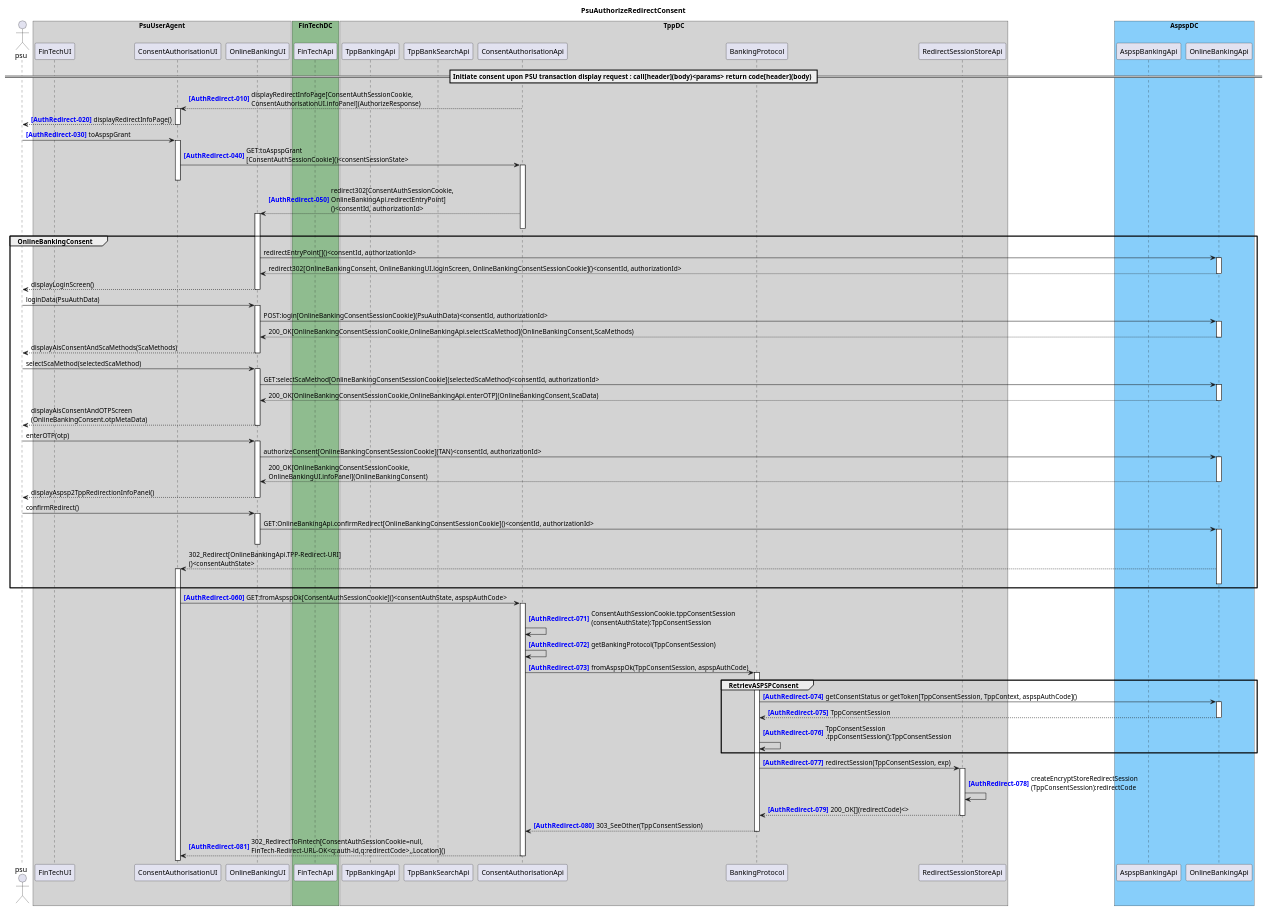
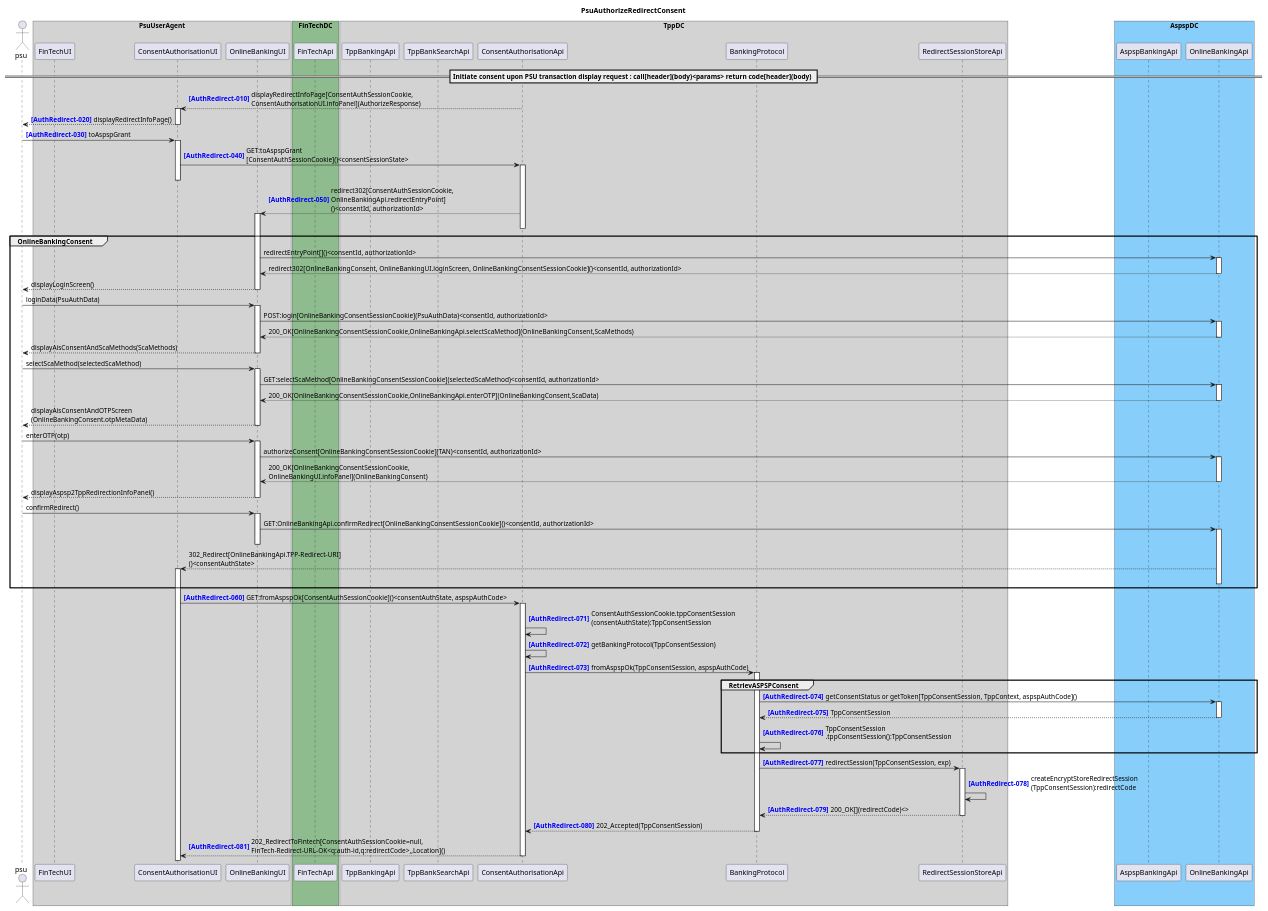
One commit to adorsys/open-banking-gateway changed the diagram in docs/architecture/diagrams/useCases/5b-psuAuthRedirectConsent.puml. Above: the diagram before and after it, drawn with PlantUML. The commit also changed 4 other files, not shown here.

```diff
--- a/docs/architecture/diagrams/useCases/5b-psuAuthRedirectConsent.puml
+++ b/docs/architecture/diagrams/useCases/5b-psuAuthRedirectConsent.puml
@@ -1,79 +1,79 @@
 @startuml
 title PsuAuthorizeRedirectConsent
 autonumber 10 10 "<b><color blue>[AuthRedirect-000]</color></b>"
 actor psu
 
 box "PsuUserAgent" #LightGray
     participant "FinTechUI" as FinTechUI
     participant "ConsentAuthorisationUI" as ConsentAuthorisationUI
     participant "OnlineBankingUI" as OnlineBankingUI
 end box
 box "FinTechDC" #DarkSeaGreen
     participant "FinTechApi" as FinTechApi
 end box
 box "TppDC" #LightGray
     participant "TppBankingApi" as TppBankingApi
     participant "TppBankSearchApi" as TppBankSearchApi
     participant "ConsentAuthorisationApi" as ConsentAuthorisationApi
 
     participant "BankingProtocol" as BankingProtocol
     participant "RedirectSessionStoreApi" as RedirectSessionStoreApi
 end box
 box "AspspDC" #LightSkyBlue
 	participant "AspspBankingApi" as AspspBankingApi
     participant "OnlineBankingApi" as OnlineBankingApi
 end box
 
 == Initiate consent upon PSU transaction display request : call[header](body)<params> return code[header](body) ==
 
 ConsentAuthorisationApi --> ConsentAuthorisationUI ++ : displayRedirectInfoPage[ConsentAuthSessionCookie,\nConsentAuthorisationUI.infoPanel](AuthorizeResponse)
 ConsentAuthorisationUI --> psu : displayRedirectInfoPage()
 deactivate ConsentAuthorisationUI
 psu -> ConsentAuthorisationUI ++ : toAspspGrant
 ConsentAuthorisationUI -> ConsentAuthorisationApi ++ : GET:toAspspGrant\n[ConsentAuthSessionCookie]()<consentSessionState>
 deactivate ConsentAuthorisationUI
 ConsentAuthorisationApi --> OnlineBankingUI ++ : redirect302[ConsentAuthSessionCookie,\nOnlineBankingApi.redirectEntryPoint]\n()<consentId, authorizationId>
 deactivate ConsentAuthorisationApi
 autonumber stop
 group OnlineBankingConsent
     OnlineBankingUI -> OnlineBankingApi ++ : redirectEntryPoint[]()<consentId, authorizationId>
     return redirect302[OnlineBankingConsent, OnlineBankingUI.loginScreen, OnlineBankingConsentSessionCookie]()<consentId, authorizationId>
     OnlineBankingUI --> psu : displayLoginScreen()
     deactivate OnlineBankingUI
     psu -> OnlineBankingUI ++ : loginData(PsuAuthData)
     OnlineBankingUI -> OnlineBankingApi ++ : POST:login[OnlineBankingConsentSessionCookie](PsuAuthData)<consentId, authorizationId> 
     return 200_OK[OnlineBankingConsentSessionCookie,OnlineBankingApi.selectScaMethod](OnlineBankingConsent,ScaMethods)
     return displayAisConsentAndScaMethods(ScaMethods)
     psu -> OnlineBankingUI ++ : selectScaMethod(selectedScaMethod)
     OnlineBankingUI -> OnlineBankingApi ++ : GET:selectScaMethod[OnlineBankingConsentSessionCookie](selectedScaMethod)<consentId, authorizationId> 
     return 200_OK[OnlineBankingConsentSessionCookie,OnlineBankingApi.enterOTP](OnlineBankingConsent,ScaData)
     return displayAisConsentAndOTPScreen\n(OnlineBankingConsent.otpMetaData)
     psu -> OnlineBankingUI ++ : enterOTP(otp)
     OnlineBankingUI -> OnlineBankingApi ++ : authorizeConsent[OnlineBankingConsentSessionCookie](TAN)<consentId, authorizationId> 
     return 200_OK[OnlineBankingConsentSessionCookie,\nOnlineBankingUI.infoPanel](OnlineBankingConsent)
     OnlineBankingUI --> psu : displayAspsp2TppRedirectionInfoPanel()
     deactivate OnlineBankingUI
     psu -> OnlineBankingUI ++ : confirmRedirect()
     OnlineBankingUI -> OnlineBankingApi ++ : GET:OnlineBankingApi.confirmRedirect[OnlineBankingConsentSessionCookie]()<consentId, authorizationId>
     deactivate OnlineBankingUI
     OnlineBankingApi --> ConsentAuthorisationUI ++ : 302_Redirect[OnlineBankingApi.TPP-Redirect-URI]\n()<consentAuthState>
     deactivate OnlineBankingApi
 end
 autonumber resume
 activate ConsentAuthorisationUI
 ConsentAuthorisationUI -> ConsentAuthorisationApi ++ : GET:fromAspspOk[ConsentAuthSessionCookie]()<consentAuthState, aspspAuthCode>
 autonumber 71 1 "<b><color blue>[AuthRedirect-000]"
 ConsentAuthorisationApi -> ConsentAuthorisationApi : ConsentAuthSessionCookie.tppConsentSession\n(consentAuthState):TppConsentSession
 ConsentAuthorisationApi -> ConsentAuthorisationApi : getBankingProtocol(TppConsentSession)
 ConsentAuthorisationApi -> BankingProtocol ++ : fromAspspOk(TppConsentSession, aspspAuthCode)
 group RetrievASPSPConsent
 BankingProtocol -> OnlineBankingApi ++ : getConsentStatus or getToken[TppConsentSession, TppContext, aspspAuthCode]()
 return TppConsentSession
 BankingProtocol -> BankingProtocol : TppConsentSession\n.tppConsentSession():TppConsentSession
 end
 BankingProtocol -> RedirectSessionStoreApi ++ : redirectSession(TppConsentSession, exp)
 RedirectSessionStoreApi -> RedirectSessionStoreApi : createEncryptStoreRedirectSession\n(TppConsentSession):redirectCode
 return 200_OK[](redirectCode)<>
-return 303_SeeOther(TppConsentSession)
-return 302_RedirectToFintech[ConsentAuthSessionCookie=null,\nFinTech-Redirect-URL-OK<q:auth-id,q:redirectCode>,,Location]()
+return 202_Accepted(TppConsentSession)
+return 202_RedirectToFintech[ConsentAuthSessionCookie=null,\nFinTech-Redirect-URL-OK<q:auth-id,q:redirectCode>,,Location]()
 @enduml
```
